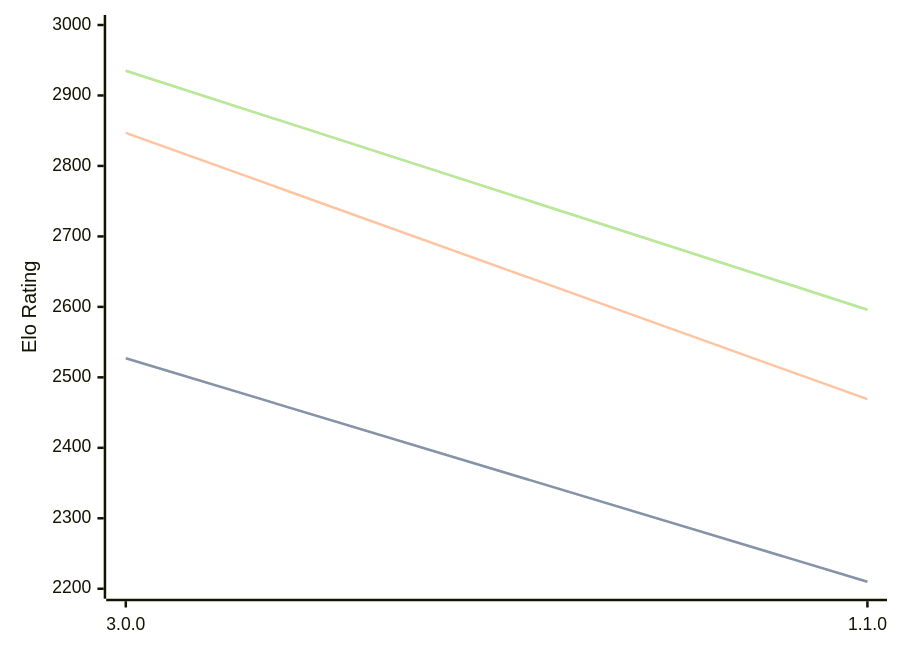
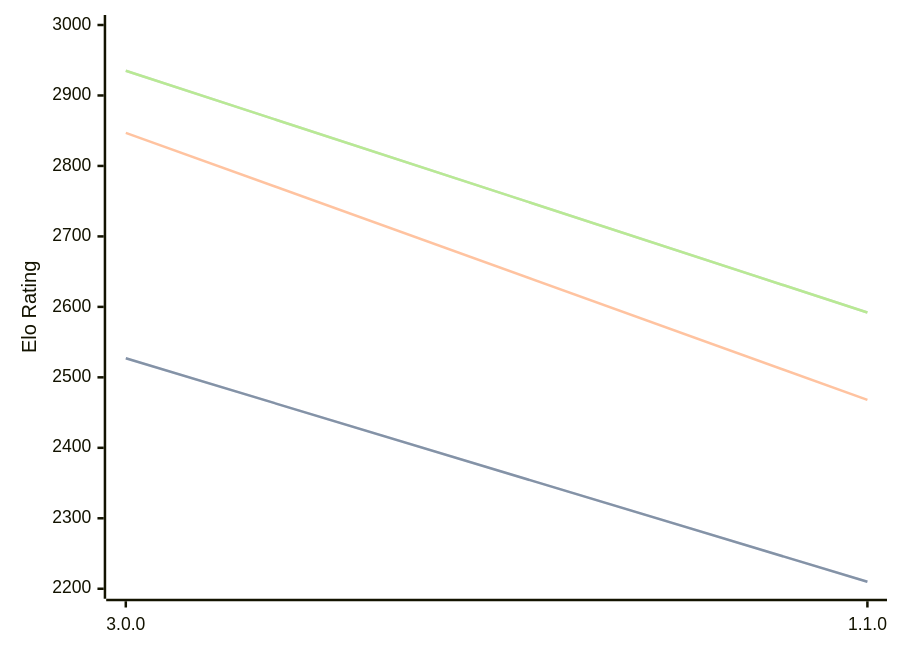
Before and after one commit to computer-chess-index/cci: the diagram in engines/Potential.md, drawn with Mermaid. The commit also changed other lines of this file, not shown here.

Commit message:
Update CCI Ratings (ELO VLTC) - 2026-07-28

````diff
--- a/engines/Potential.md
+++ b/engines/Potential.md
@@ -34,11 +35,11 @@
 ```mermaid
 %%{init: {"theme":"base","themeVariables":{"seriesColors:['#a3a3a3','#222221','#faa371']}}}%%
 xychart-beta
   x-axis ["3.0.0", "1.1.0"]
   y-axis "Elo Rating" 2200 --> 3000
   line "STC (8.0+0.08s)" [2527, 2210]
   line "STC (8.0+0.08s)" [2527, 2210]
-  line "LTC (60.0+0.60s)" [2847, 2469]
-  line "VLTC (2m24s+1.12s)" [2935, 2596]
-  line "VLTC (2m24s+1.12s)" [2935, 2596]
+  line "LTC (60.0+0.60s)" [2847, 2468]
+  line "VLTC (2m24s+1.12s)" [2935, 2592]
+  line "VLTC (2m24s+1.12s)" [2935, 2592]
 ```
````
